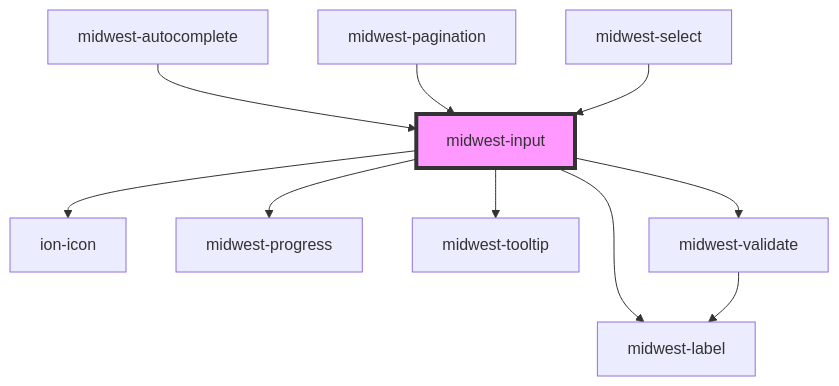
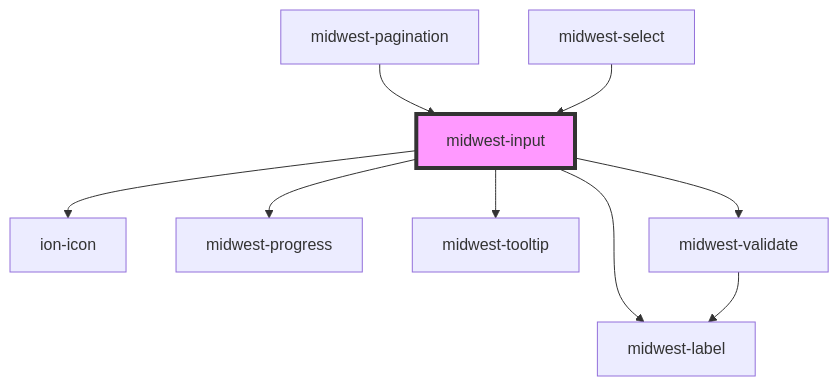
The diagram in packages/core/docs/components/forms/input/readme.md (splitinfinities/Midwest), drawn with Mermaid before and after one commit. The commit also changed other lines of this file and 28 other files, not shown here.

````diff
--- a/packages/core/docs/components/forms/input/readme.md
+++ b/packages/core/docs/components/forms/input/readme.md
@@ -135,13 +134,12 @@
 ```mermaid
 graph TD;
   midwest-input --> midwest-label
   midwest-input --> ion-icon
   midwest-input --> midwest-progress
   midwest-input --> midwest-tooltip
   midwest-input --> midwest-validate
   midwest-validate --> midwest-label
-  midwest-autocomplete --> midwest-input
   midwest-pagination --> midwest-input
   midwest-select --> midwest-input
   style midwest-input fill:#f9f,stroke:#333,stroke-width:4px
 ```
````
